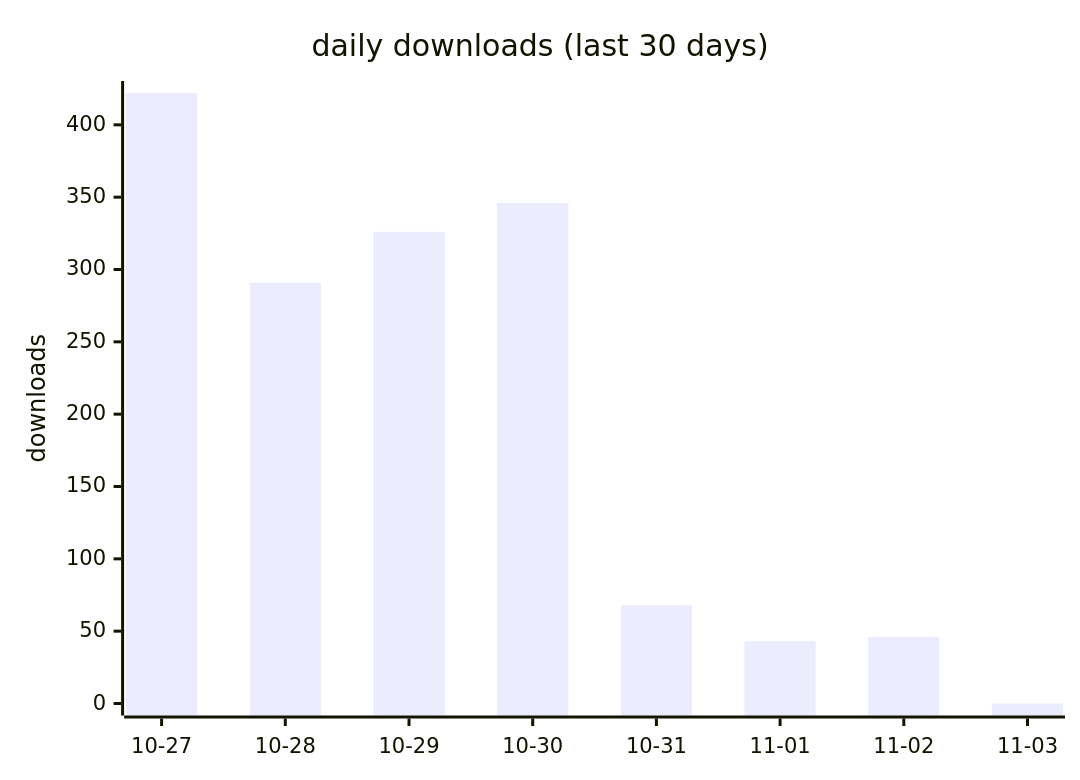
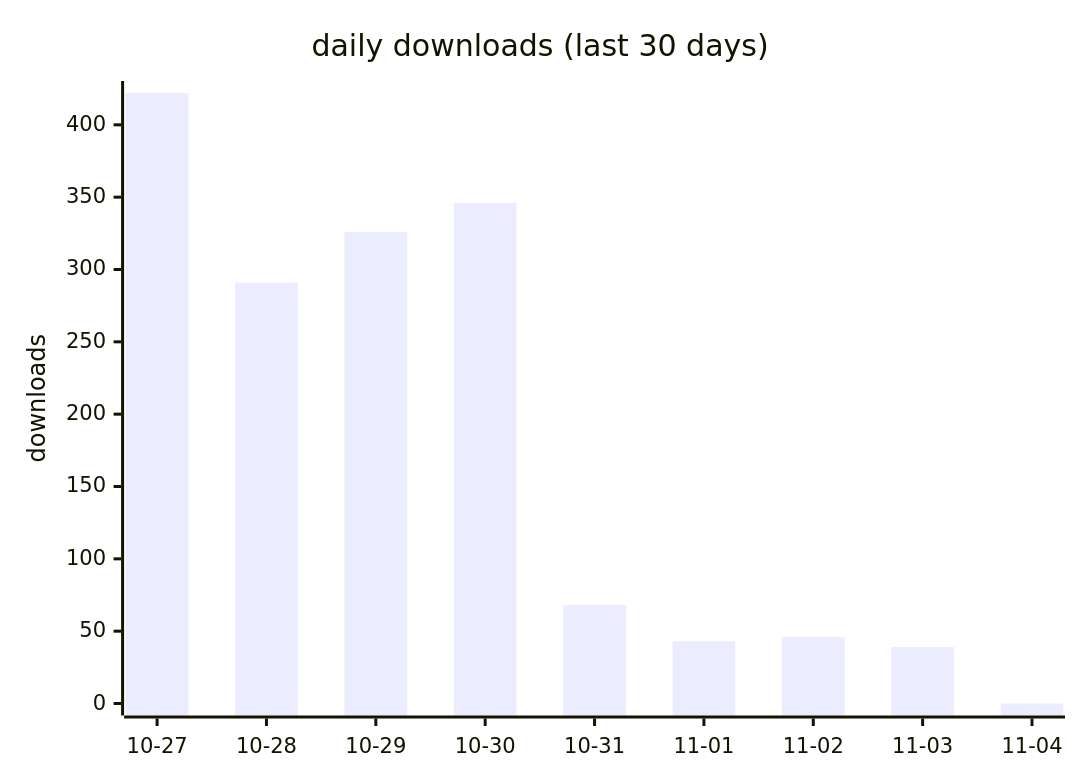
Before and after one commit to terry2010/dsh-loop-recover: the first of 2 diagrams in docs/downloads-2026.md, drawn with Mermaid. The commit also changed other lines of this file and 1 other file, not shown here.

````diff
--- a/docs/downloads-2026.md
+++ b/docs/downloads-2026.md
@@ -19,7 +19,7 @@
 ```mermaid
 xychart-beta
     title "daily downloads (last 30 days)"
-    x-axis ["10-27", "10-28", "10-29", "10-30", "10-31", "11-01", "11-02", "11-03"]
+    x-axis ["10-27", "10-28", "10-29", "10-30", "10-31", "11-01", "11-02", "11-03", "11-04"]
     y-axis "downloads" 0 --> 422
-    bar [422, 291, 326, 346, 68, 43, 46, 0]
+    bar [422, 291, 326, 346, 68, 43, 46, 39, 0]
 ```
````
